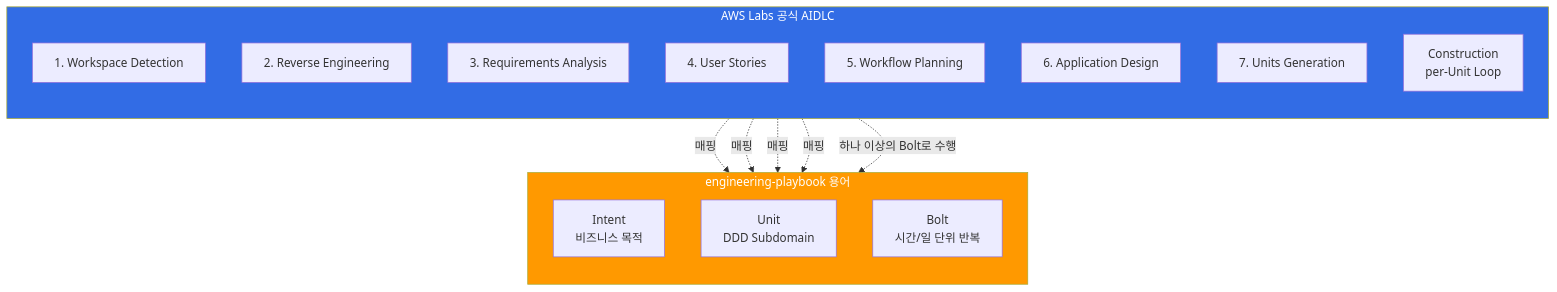
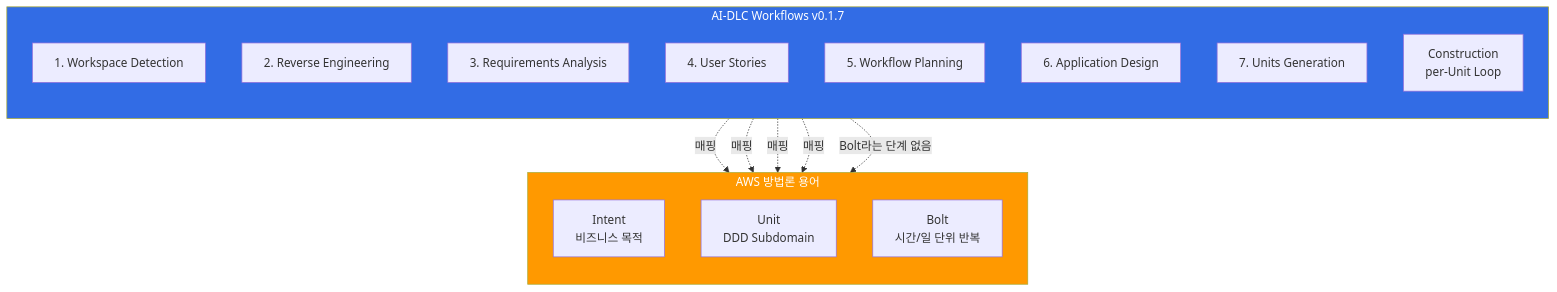
The ninth of 9 diagrams in i18n/ko/docusaurus-plugin-content-docs/current/aidlc/methodology/adaptive-execution.md (devfloor9/engineering-playbook), drawn with Mermaid before and after one commit. The commit also changed other lines of this file and 123 other files, not shown here.

````diff
--- a/i18n/ko/docusaurus-plugin-content-docs/current/aidlc/methodology/adaptive-execution.md
+++ b/i18n/ko/docusaurus-plugin-content-docs/current/aidlc/methodology/adaptive-execution.md
@@ -445,30 +450,30 @@
 ```mermaid
 flowchart TB
-    subgraph Official["AWS Labs 공식 AIDLC"]
+    subgraph Official["AI-DLC Workflows v0.1.7"]
         direction TB
         I1[1. Workspace Detection]
         I2[2. Reverse Engineering]
         I3[3. Requirements Analysis]
         I4[4. User Stories]
         I5[5. Workflow Planning]
         I6[6. Application Design]
         I7[7. Units Generation]
         C[Construction<br/>per-Unit Loop]
     end
 
-    subgraph Playbook["engineering-playbook 용어"]
+    subgraph Playbook["AWS 방법론 용어"]
         direction TB
         INTENT[Intent<br/>비즈니스 목적]
         UNIT[Unit<br/>DDD Subdomain]
         BOLT[Bolt<br/>시간/일 단위 반복]
     end
 
     I1 -.매핑.-> INTENT
     I2 -.매핑.-> INTENT
     I3 -.매핑.-> INTENT
     I7 -.매핑.-> UNIT
-    C -.하나 이상의 Bolt로 수행.-> BOLT
+    C -.Bolt라는 단계 없음.-> BOLT
 
     style Official fill:#326ce5,color:#fff
     style Playbook fill:#ff9900,color:#fff
 ```
````
